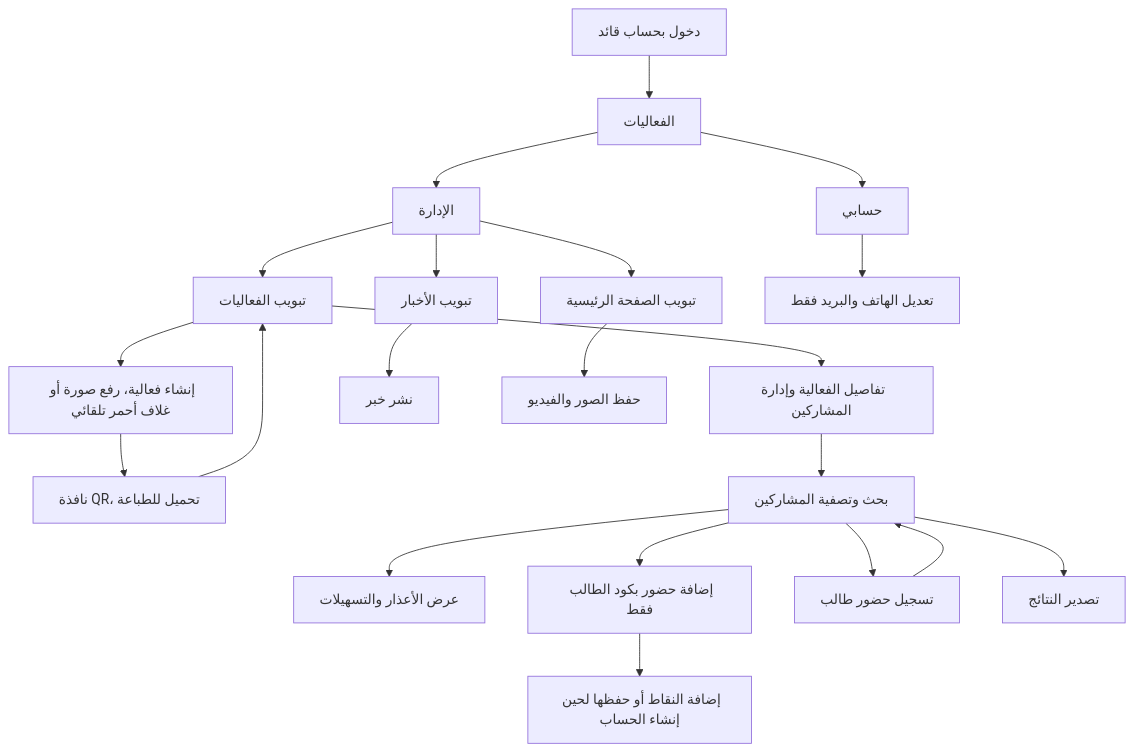
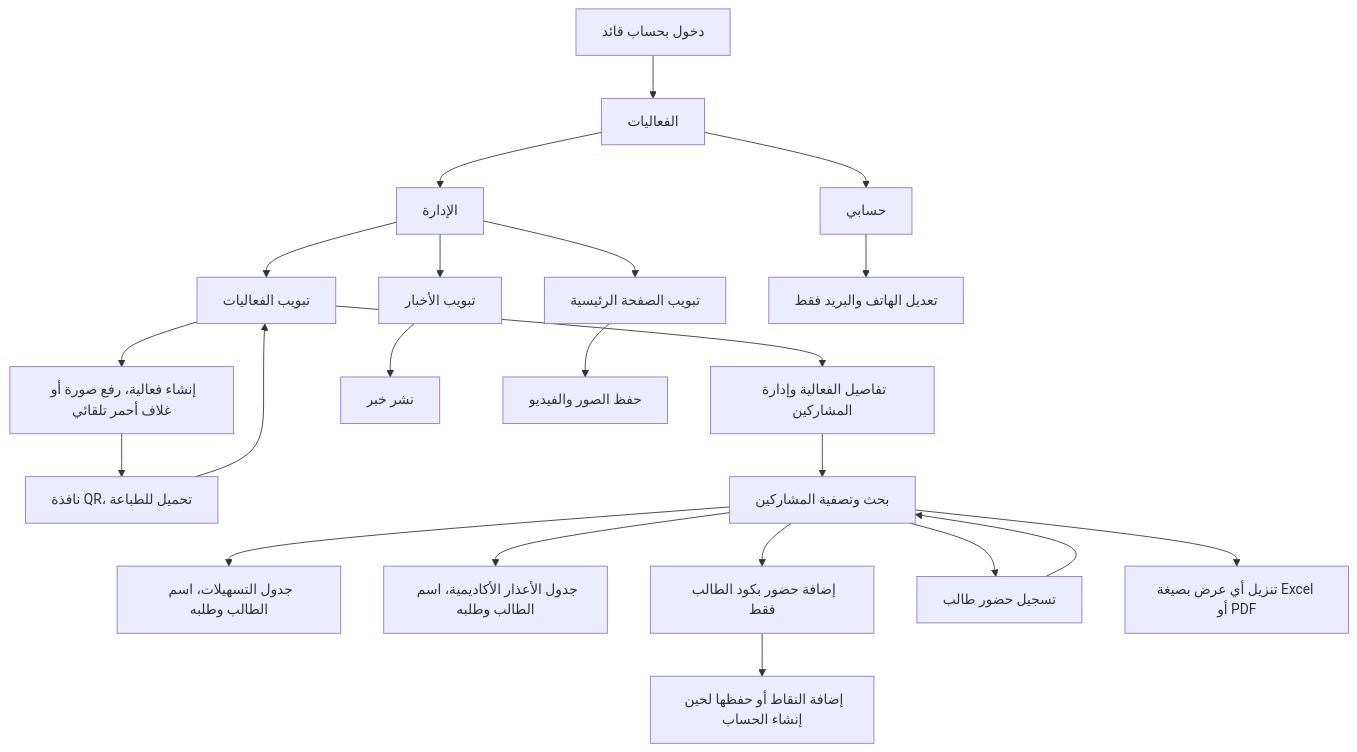
Before and after one commit to hebaintheloop/mn-agl-masr: the second of 2 diagrams in docs/SCREEN-FLOWS.md, drawn with Mermaid. The commit also changed 19 other files, not shown here.

````diff
--- a/docs/SCREEN-FLOWS.md
+++ b/docs/SCREEN-FLOWS.md
@@ -36,23 +36,24 @@
 ```mermaid
 flowchart TD
   L["دخول بحساب قائد"] --> E["الفعاليات"]
   E --> M["الإدارة"]
   M --> T["تبويب الفعاليات"]
   T --> C["إنشاء فعالية، رفع صورة أو غلاف أحمر تلقائي"]
   C --> Q["نافذة QR، تحميل للطباعة"]
   Q --> T
   T --> D["تفاصيل الفعالية وإدارة المشاركين"]
   D --> F["بحث وتصفية المشاركين"]
-  F --> R["عرض الأعذار والتسهيلات"]
+  F --> R["جدول التسهيلات، اسم الطالب وطلبه"]
+  F --> EX["جدول الأعذار الأكاديمية، اسم الطالب وطلبه"]
   F --> AC["إضافة حضور بكود الطالب فقط"]
   AC --> PC["إضافة النقاط أو حفظها لحين إنشاء الحساب"]
   F --> I["تسجيل حضور طالب"]
   I --> F
-  F --> X["تصدير النتائج"]
+  F --> X["تنزيل أي عرض بصيغة Excel أو PDF"]
   M --> N["تبويب الأخبار"]
   N --> NP["نشر خبر"]
   M --> HP["تبويب الصفحة الرئيسية"]
   HP --> HS["حفظ الصور والفيديو"]
   E --> A["حسابي"]
   A --> U["تعديل الهاتف والبريد فقط"]
 ```
````
